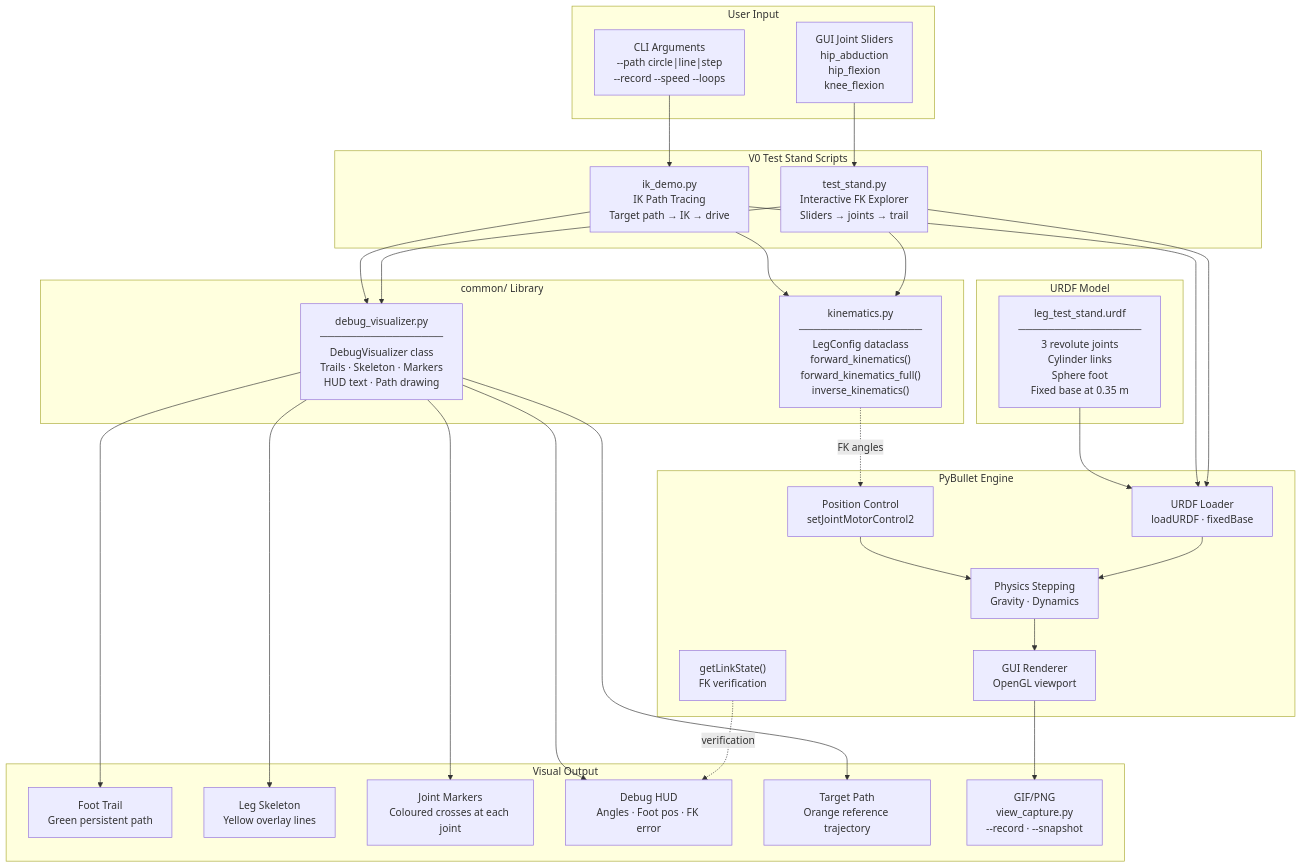
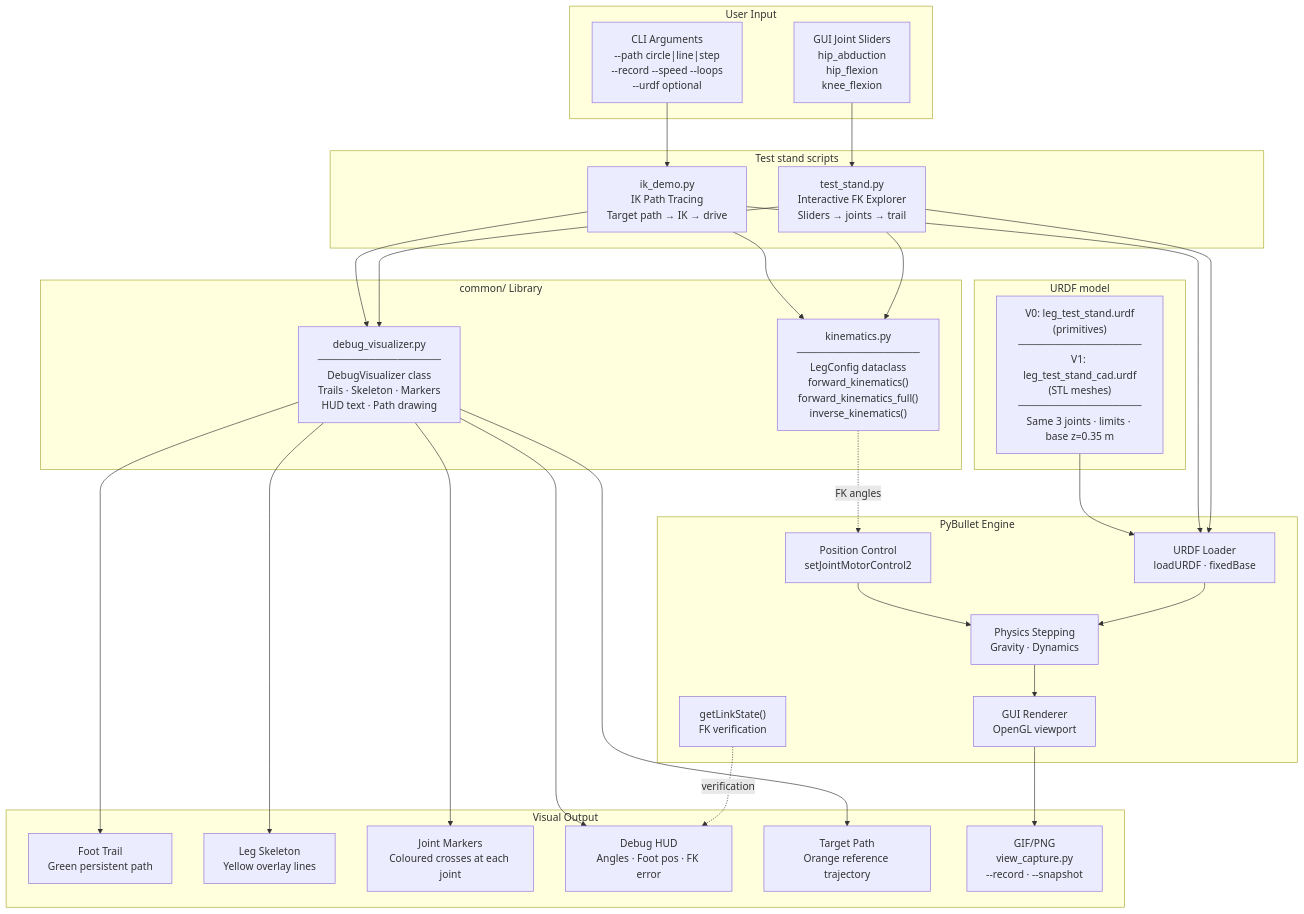
One commit to rubencg195/pybullet-robot-dog changed the second of 5 diagrams in README.md. Above: the diagram before and after it, drawn with Mermaid. The commit also changed other lines of this file and 9 other files, not shown here.

First line of the commit message:
Add V1 CAD mesh test stand and README roadmap for V2+

````diff
--- a/README.md
+++ b/README.md
@@ -69,59 +74,59 @@
 ```mermaid
 flowchart TB
   subgraph user["User Input"]
     SLIDERS["GUI Joint Sliders\nhip_abduction\nhip_flexion\nknee_flexion"]
-    CLI["CLI Arguments\n--path circle|line|step\n--record  --speed  --loops"]
+    CLI["CLI Arguments\n--path circle|line|step\n--record  --speed  --loops\n--urdf optional"]
   end
 
-  subgraph scripts["V0 Test Stand Scripts"]
+  subgraph scripts["Test stand scripts"]
     TS["test_stand.py\nInteractive FK Explorer\nSliders → joints → trail"]
     IK["ik_demo.py\nIK Path Tracing\nTarget path → IK → drive"]
   end
 
   subgraph common_lib["common/ Library"]
     KIN["kinematics.py\n─────────────────\nLegConfig dataclass\nforward_kinematics()\nforward_kinematics_full()\ninverse_kinematics()"]
     VIZ["debug_visualizer.py\n─────────────────\nDebugVisualizer class\nTrails · Skeleton · Markers\nHUD text · Path drawing"]
   end
 
-  subgraph model["URDF Model"]
-    URDF["leg_test_stand.urdf\n─────────────────\n3 revolute joints\nCylinder links\nSphere foot\nFixed base at 0.35 m"]
+  subgraph model["URDF model"]
+    URDF["V0: leg_test_stand.urdf\n(primitives)\n─────────────────\nV1: leg_test_stand_cad.urdf\n(STL meshes)\n─────────────────\nSame 3 joints · limits · base z=0.35 m"]
   end
 
   subgraph engine["PyBullet Engine"]
     LOADER["URDF Loader\nloadURDF · fixedBase"]
     CTRL["Position Control\nsetJointMotorControl2"]
     PHYS["Physics Stepping\nGravity · Dynamics"]
     RENDER["GUI Renderer\nOpenGL viewport"]
     PBFK["getLinkState()\nFK verification"]
   end
 
   subgraph output["Visual Output"]
     TRAIL["Foot Trail\nGreen persistent path"]
     SKEL["Leg Skeleton\nYellow overlay lines"]
     MARKERS["Joint Markers\nColoured crosses at each joint"]
     HUD["Debug HUD\nAngles · Foot pos · FK error"]
     TARGET["Target Path\nOrange reference trajectory"]
     GIF["GIF/PNG\nview_capture.py\n--record · --snapshot"]
   end
 
   SLIDERS --> TS
   CLI --> IK
   TS --> KIN
   TS --> VIZ
   IK --> KIN
   IK --> VIZ
   TS --> LOADER
   IK --> LOADER
   URDF --> LOADER
   LOADER --> PHYS
   KIN -.->|"FK angles"| CTRL
   CTRL --> PHYS
   PHYS --> RENDER
   PBFK -.->|"verification"| HUD
   VIZ --> TRAIL
   VIZ --> SKEL
   VIZ --> MARKERS
   VIZ --> HUD
   VIZ --> TARGET
   RENDER --> GIF
 ```
````
